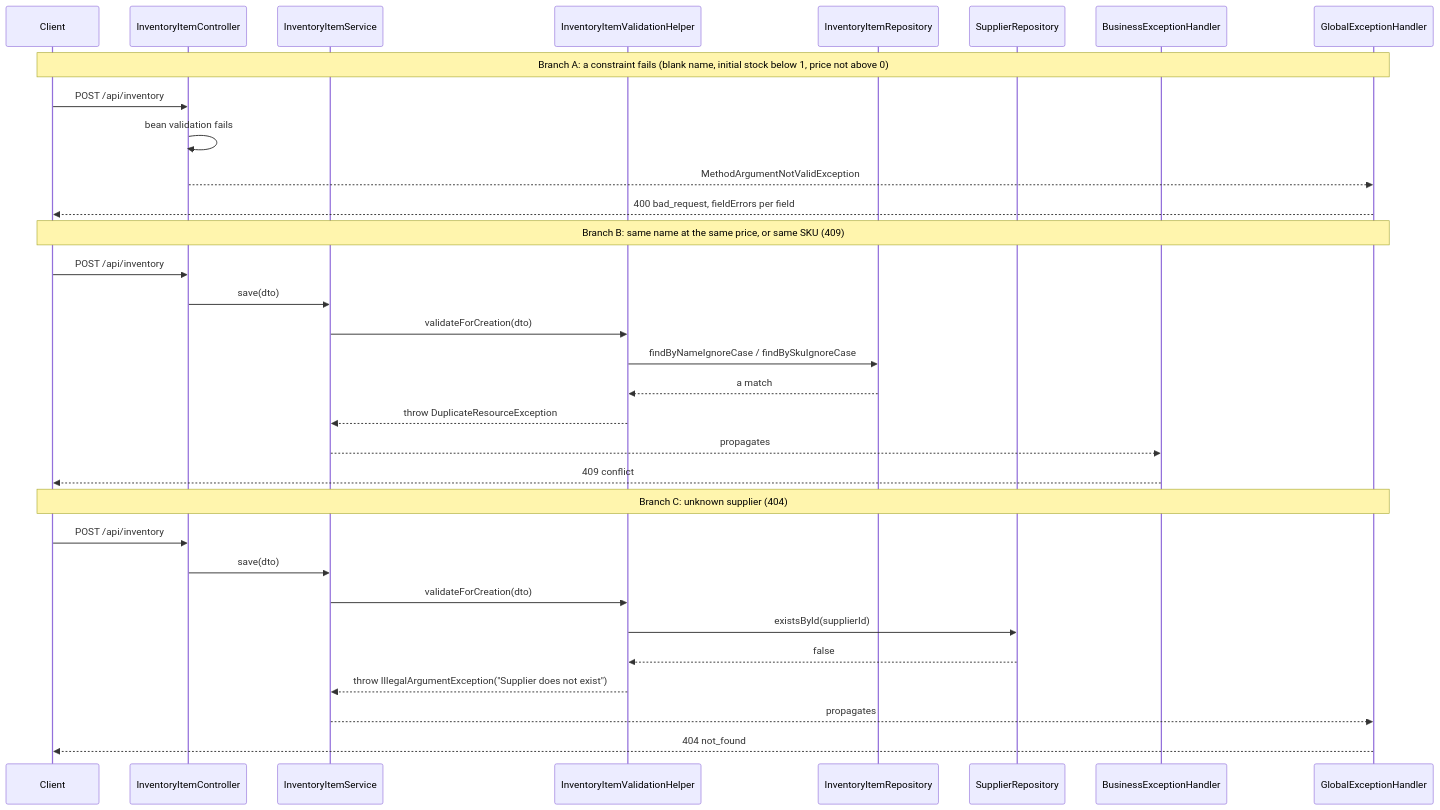
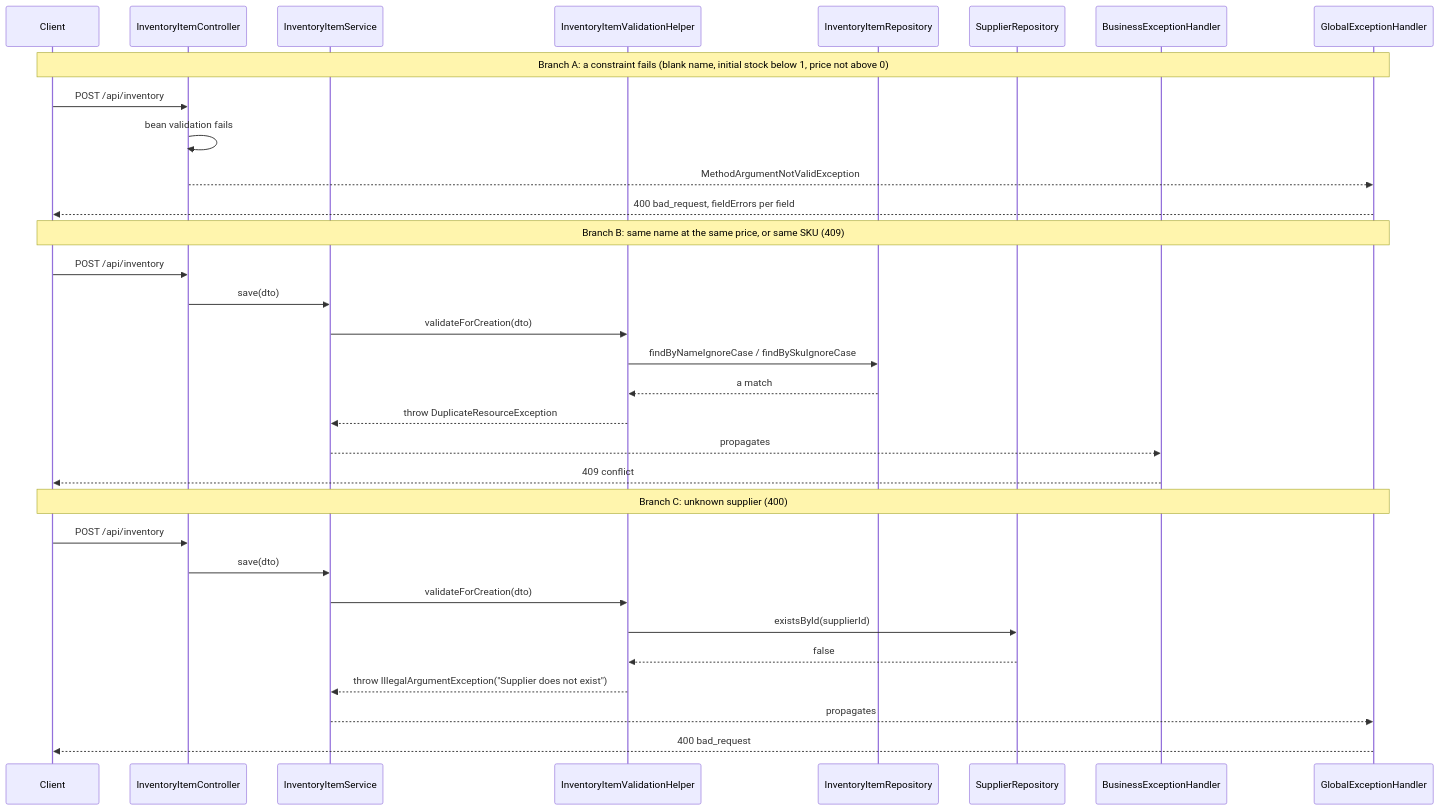
Before and after one commit to Keglev/inventory-service: the second of 5 diagrams in docs/backend/architecture/06-runtime.md, drawn with Mermaid. The commit also changed other lines of this file and 17 other files, not shown here.

````diff
--- a/docs/backend/architecture/06-runtime.md
+++ b/docs/backend/architecture/06-runtime.md
@@ -79,38 +79,38 @@
 ```mermaid
 %%{init: {"sequence": {"useMaxWidth": false}}}%%
 sequenceDiagram
     participant Client
     participant IC as InventoryItemController
     participant IS as InventoryItemService
     participant VH as InventoryItemValidationHelper
     participant IR as InventoryItemRepository
     participant SR as SupplierRepository
     participant BEH as BusinessExceptionHandler
     participant GEH as GlobalExceptionHandler
 
     Note over Client,GEH: Branch A: a constraint fails (blank name, initial stock below 1, price not above 0)
     Client->>IC: POST /api/inventory
     IC->>IC: bean validation fails
     IC-->>GEH: MethodArgumentNotValidException
     GEH-->>Client: 400 bad_request, fieldErrors per field
 
     Note over Client,GEH: Branch B: same name at the same price, or same SKU (409)
     Client->>IC: POST /api/inventory
     IC->>IS: save(dto)
     IS->>VH: validateForCreation(dto)
     VH->>IR: findByNameIgnoreCase / findBySkuIgnoreCase
     IR-->>VH: a match
     VH-->>IS: throw DuplicateResourceException
     IS-->>BEH: propagates
     BEH-->>Client: 409 conflict
 
-    Note over Client,GEH: Branch C: unknown supplier (404)
+    Note over Client,GEH: Branch C: unknown supplier (400)
     Client->>IC: POST /api/inventory
     IC->>IS: save(dto)
     IS->>VH: validateForCreation(dto)
     VH->>SR: existsById(supplierId)
     SR-->>VH: false
     VH-->>IS: throw IllegalArgumentException("Supplier does not exist")
     IS-->>GEH: propagates
-    GEH-->>Client: 404 not_found
+    GEH-->>Client: 400 bad_request
 ```
````
